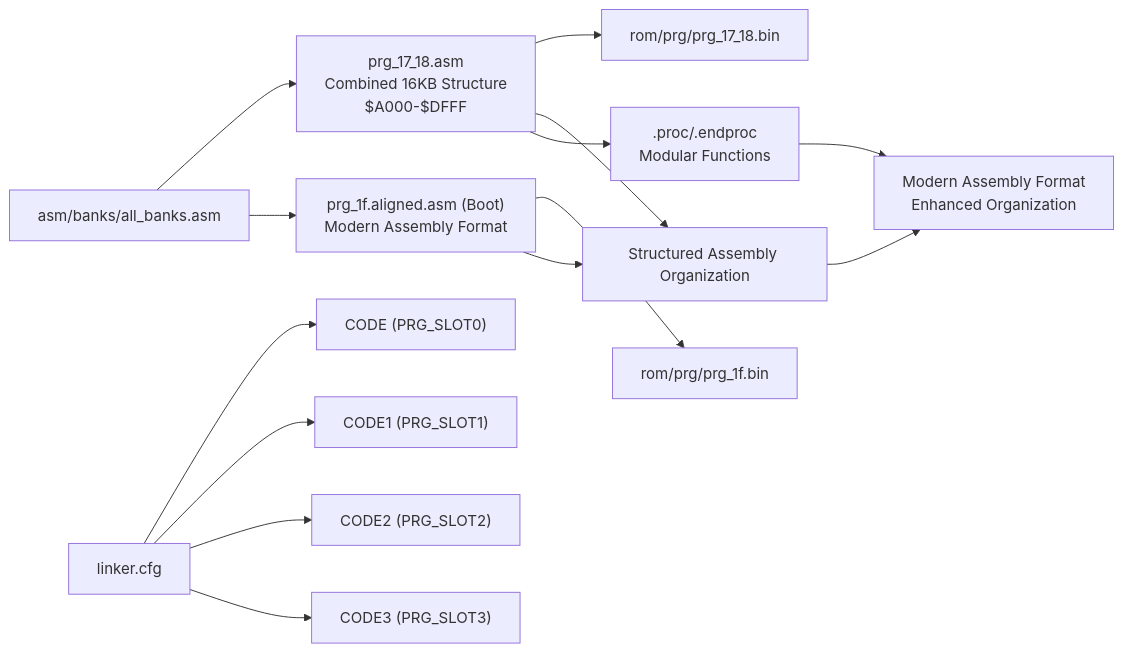
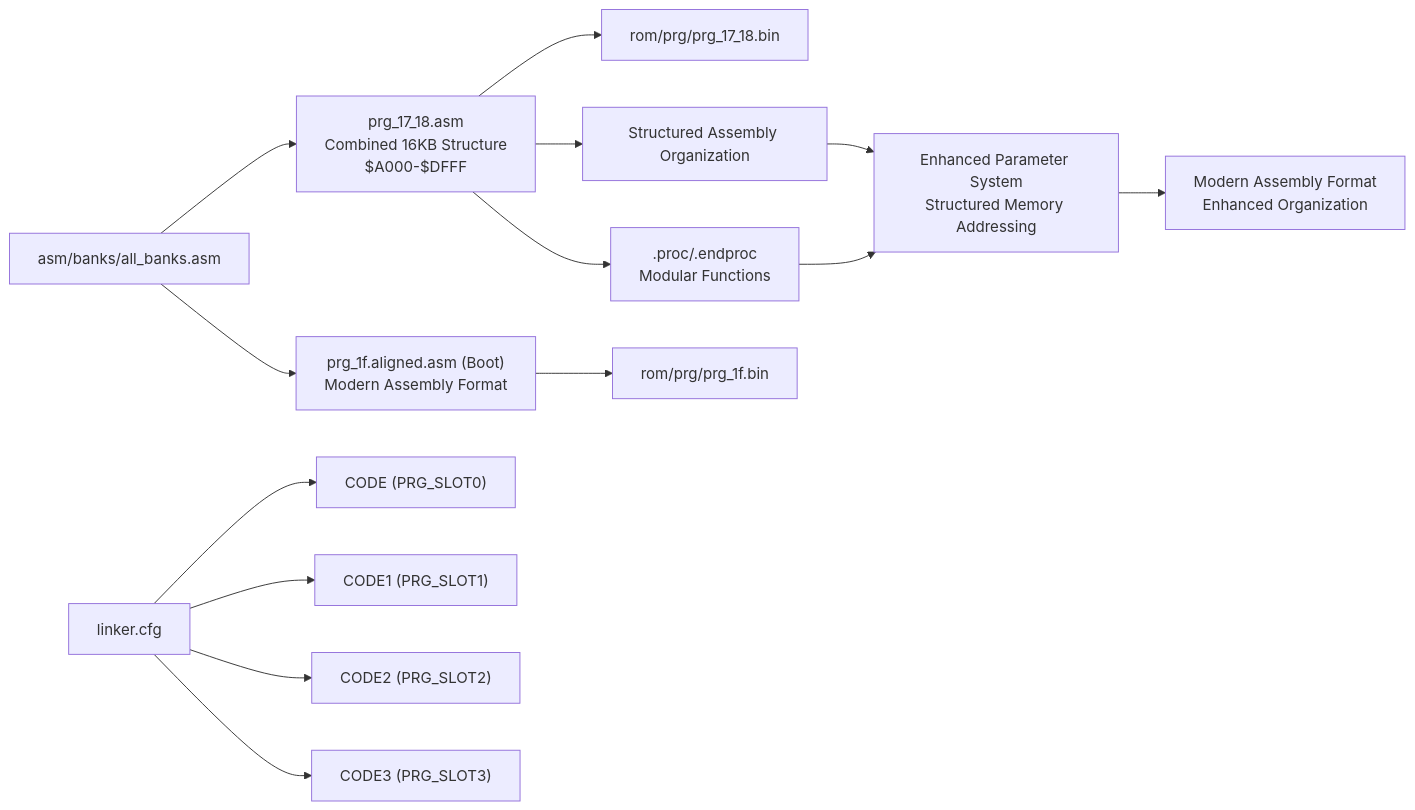
Before and after one commit to rabbyzero/sango2dasm: the ninth of 10 diagrams in .qoder/repowiki/en/content/Assembly Architecture/Assembly Architecture.md, drawn with Mermaid. The commit also changed other lines of this file and 7 other files, not shown here.

````diff
--- a/.qoder/repowiki/en/content/Assembly Architecture/Assembly Architecture.md
+++ b/.qoder/repowiki/en/content/Assembly Architecture/Assembly Architecture.md
@@ -407,16 +426,18 @@
 ```mermaid
 graph LR
 ALLB["asm/banks/all_banks.asm"] --> COMBINED["prg_17_18.asm<br/>Combined 16KB Structure<br/>$A000-$DFFF"]
 ALLB --> ALIGNED["prg_1f.aligned.asm (Boot)<br/>Modern Assembly Format"]
 LCFG["linker.cfg"] --> SEG0["CODE (PRG_SLOT0)"]
 LCFG --> SEG1["CODE1 (PRG_SLOT1)"]
 LCFG --> SEG2["CODE2 (PRG_SLOT2)"]
 LCFG --> SEG3["CODE3 (PRG_SLOT3)"]
 COMBINED --> BIN17_18["rom/prg/prg_17_18.bin"]
 ALIGNED --> BIN1F["rom/prg/prg_1f.bin"]
 COMBINED --> STRUCT["Structured Assembly Organization"]
 COMBINED --> PROC[".proc/.endproc<br/>Modular Functions"]
-ALIGNED --> STRUCT
-STRUCT --> MODERN["Modern Assembly Format<br/>Enhanced Organization"]
-PROC --> MODERN
+PARAMSYS["Enhanced Parameter System<br/>Structured Memory Addressing"]
+STRUCT --> PARAMSYS
+PROC --> PARAMSYS
+MODERN["Modern Assembly Format<br/>Enhanced Organization"]
+PARAMSYS --> MODERN
 ```
````
